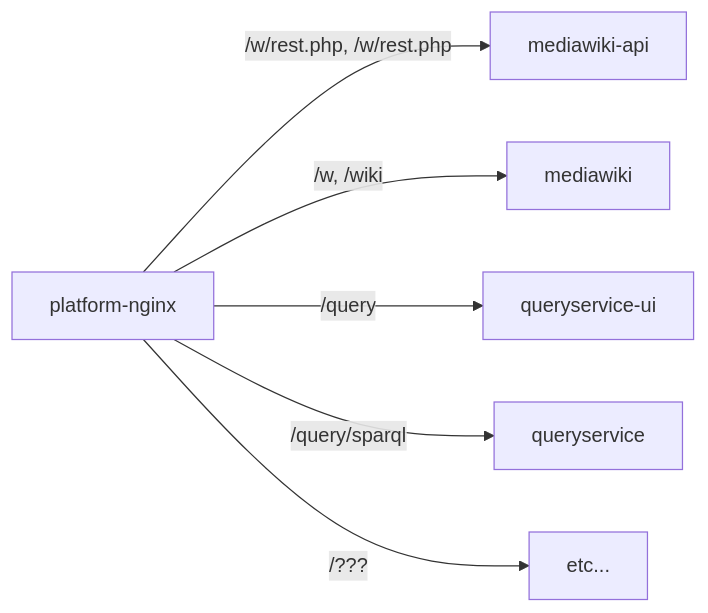
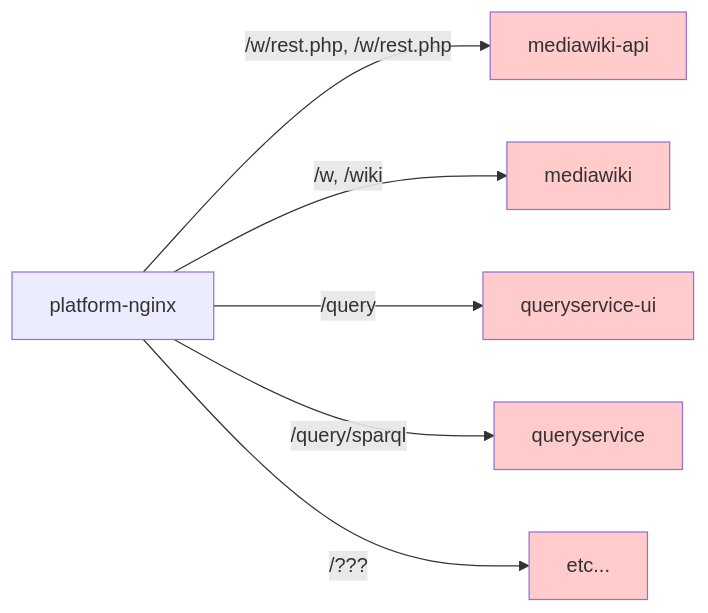
One commit to wbstack/docs changed the second of 2 diagrams in tech/infra.md. Above: the diagram before and after it, drawn with Mermaid. The commit also changed other lines of this file and 1 other file, not shown here.

Commit message:
Expand tech docs with more diagrams etc

````diff
--- a/tech/infra.md
+++ b/tech/infra.md
@@ -37,8 +38,9 @@
 ```mermaid
 graph LR
-    platform-nginx--/w/rest.php, /w/rest.php-->mediawiki-api
-    platform-nginx--/w, /wiki-->mediawiki
-    platform-nginx--/query-->queryservice-ui
-    platform-nginx--/query/sparql-->queryservice
-    platform-nginx--/???-->etc...
+    platform-nginx--/w/rest.php, /w/rest.php-->mediawiki-api:::other
+    platform-nginx--/w, /wiki-->mediawiki:::other
+    platform-nginx--/query-->queryservice-ui:::other
+    platform-nginx--/query/sparql-->queryservice:::other
+    platform-nginx--/???-->etc...:::other
+    classDef other fill:#ffcccb;
 ```
````
